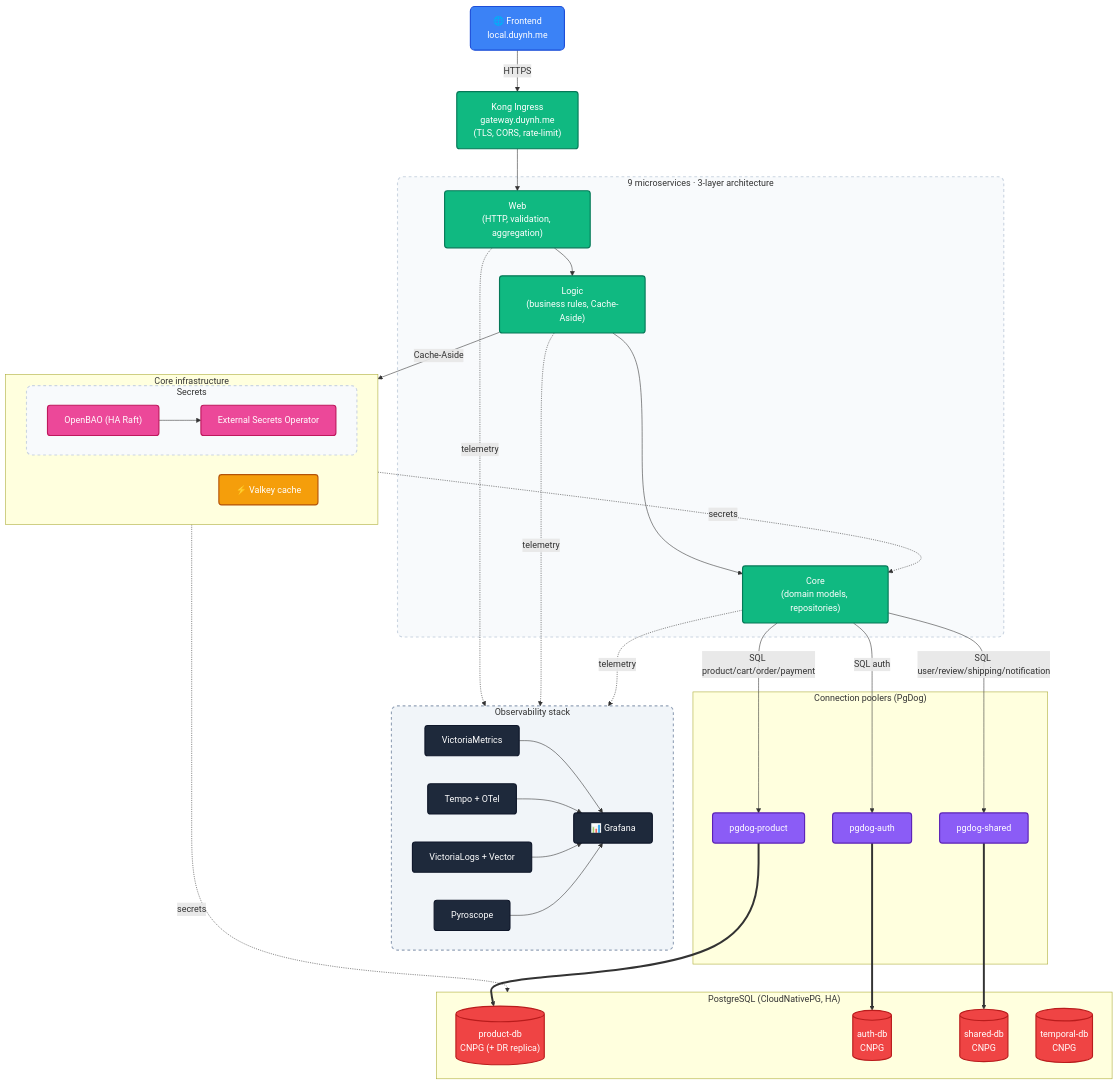
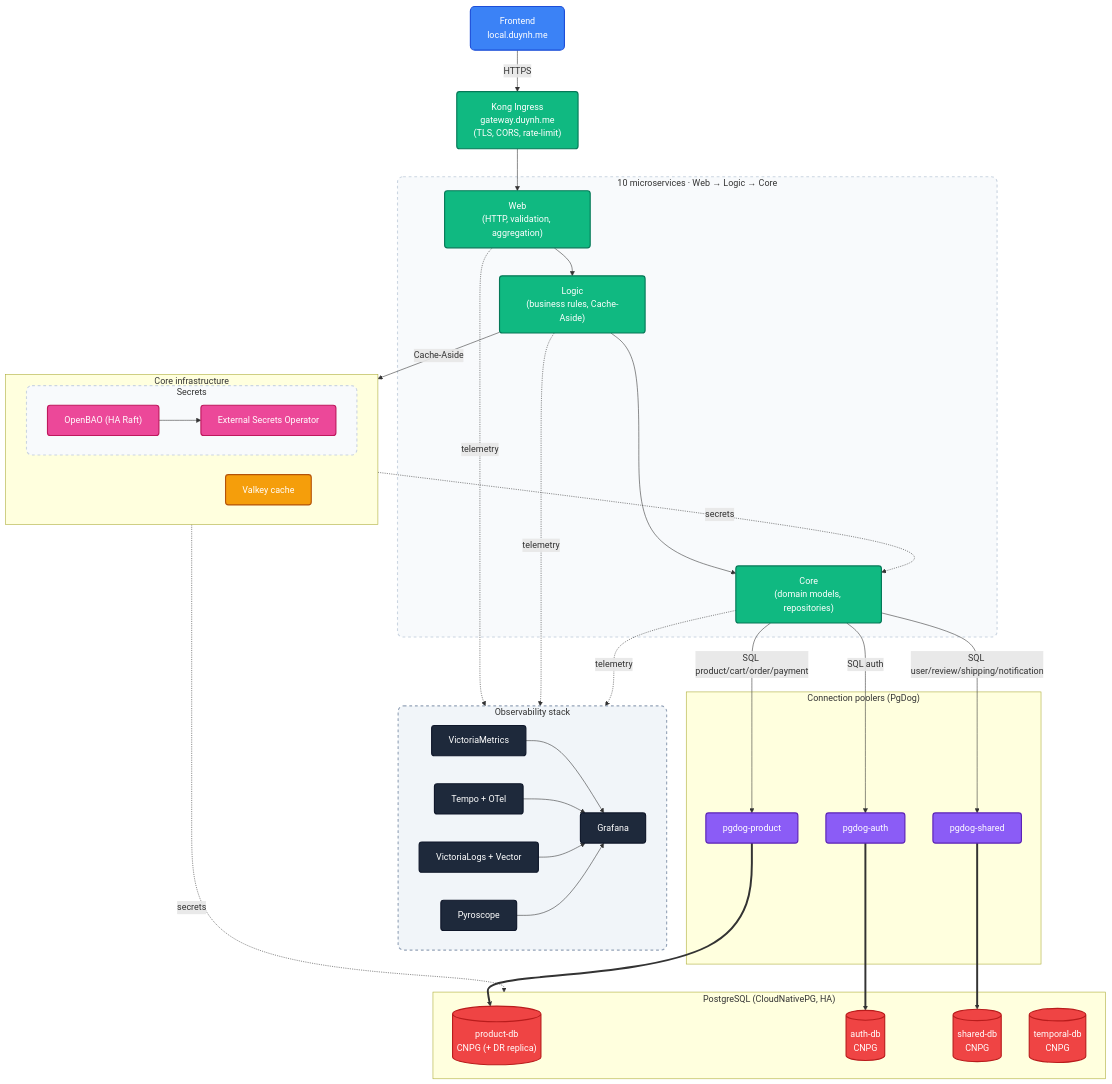
Before and after one commit to duynhlab/homelab: the first of 2 diagrams in README.md, drawn with Mermaid. The commit also changed other lines of this file and 46 other files, not shown here.

````diff
--- a/README.md
+++ b/README.md
@@ -64,70 +42,70 @@
 ```mermaid
 flowchart TD
     classDef frontend fill:#3b82f6,stroke:#1d4ed8,stroke-width:2px,color:#fff,rx:8px,ry:8px
     classDef layer    fill:#10b981,stroke:#047857,stroke-width:2px,color:#fff,rx:5px,ry:5px
     classDef cache    fill:#f59e0b,stroke:#b45309,stroke-width:2px,color:#fff,rx:5px,ry:5px
     classDef pooler   fill:#8b5cf6,stroke:#5b21b6,stroke-width:2px,color:#fff,rx:5px,ry:5px
     classDef database fill:#ef4444,stroke:#b91c1c,stroke-width:2px,color:#fff
     classDef obs      fill:#1e293b,stroke:#0f172a,stroke-width:2px,color:#fff,rx:5px,ry:5px
     classDef obsGroup fill:#f1f5f9,stroke:#94a3b8,stroke-width:2px,stroke-dasharray:5 5,rx:10px,ry:10px
     classDef secret   fill:#ec4899,stroke:#be185d,stroke-width:2px,color:#fff,rx:5px,ry:5px
     classDef servicebox fill:#f8fafc,stroke:#cbd5e1,stroke-width:2px,stroke-dasharray:5 5,rx:10px,ry:10px
 
-    FE["🌐 Frontend<br/>local.duynh.me"]:::frontend
+    FE["Frontend<br/>local.duynh.me"]:::frontend
     Kong["Kong Ingress<br/>gateway.duynh.me<br/>(TLS, CORS, rate-limit)"]:::layer
 
-    subgraph Microservices ["9 microservices · 3-layer architecture"]
+    subgraph Microservices ["10 microservices · Web → Logic → Core"]
         WebLayer["Web<br/>(HTTP, validation, aggregation)"]:::layer
         LogicLayer["Logic<br/>(business rules, Cache-Aside)"]:::layer
         CoreLayer["Core<br/>(domain models, repositories)"]:::layer
         WebLayer --> LogicLayer --> CoreLayer
     end
 
     subgraph Observability ["Observability stack"]
         direction LR
         prom["VictoriaMetrics"]:::obs
         tempo["Tempo + OTel"]:::obs
         vlogs["VictoriaLogs + Vector"]:::obs
         pyro["Pyroscope"]:::obs
-        grafana["📊 Grafana"]:::obs
+        grafana["Grafana"]:::obs
         prom & tempo & vlogs & pyro --> grafana
     end
 
     subgraph CoreInfra ["Core infrastructure"]
         direction LR
-        valkey["⚡ Valkey cache"]:::cache
+        valkey["Valkey cache"]:::cache
         subgraph SecretsDev ["Secrets"]
             openbao["OpenBAO (HA Raft)"]:::secret
             eso["External Secrets Operator"]:::secret
             openbao --> eso
         end
     end
 
     subgraph Poolers ["Connection poolers (PgDog)"]
         pdog_product["pgdog-product"]:::pooler
         pdog_auth["pgdog-auth"]:::pooler
         pdog_shared["pgdog-shared"]:::pooler
     end
 
     subgraph Databases ["PostgreSQL (CloudNativePG, HA)"]
         db_product[("product-db<br/>CNPG (+ DR replica)")]:::database
         db_auth[("auth-db<br/>CNPG")]:::database
         db_shared[("shared-db<br/>CNPG")]:::database
         db_temporal[("temporal-db<br/>CNPG")]:::database
     end
 
     FE -->|HTTPS| Kong --> WebLayer
     WebLayer & LogicLayer & CoreLayer -.->|telemetry| Observability
     LogicLayer -->|Cache-Aside| valkey
     eso -.->|secrets| Databases
     eso -.->|secrets| CoreLayer
     CoreLayer -->|SQL product/cart/order/payment| pdog_product
     CoreLayer -->|SQL auth| pdog_auth
     CoreLayer -->|SQL user/review/shipping/notification| pdog_shared
     pdog_product ==> db_product
     pdog_auth ==> db_auth
     pdog_shared ==> db_shared
 
     class Microservices,SecretsDev servicebox
     class Observability obsGroup
 ```
````
